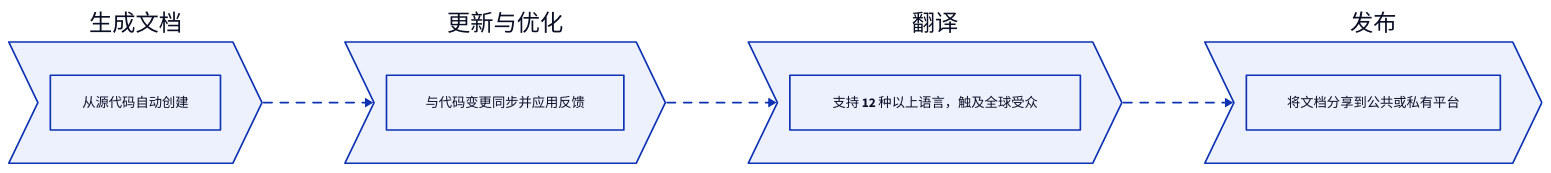
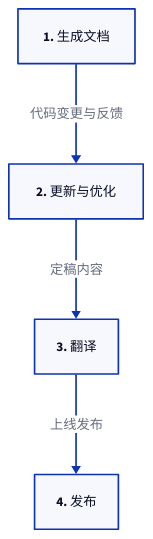
One commit to AIGNE-io/aigne-doc-smith changed the diagram in docs/features.zh.md. Above: the diagram before and after it, drawn with D2. The commit also changed other lines of this file and 39 other files, not shown here.

````diff
--- a/docs/features.zh.md
+++ b/docs/features.zh.md
@@ -11,27 +30,27 @@
 ```d2
-direction: right
+direction: down
 
-"生成文档": {
-  shape: step
-  description: "从源代码自动创建"
+generate: {
+  label: "1. 生成文档"
+  shape: rectangle
 }
 
-"更新与优化": {
-  shape: step
-  description: "与代码变更同步并应用反馈"
+update: {
+  label: "2. 更新与优化"
+  shape: rectangle
 }
 
-"翻译": {
-  shape: step
-  description: "支持 12 种以上语言，触及全球受众"
+translate: {
+  label: "3. 翻译"
+  shape: rectangle
 }
 
-"发布": {
-  shape: step
-  description: "将文档分享到公共或私有平台"
+publish: {
+  label: "4. 发布"
+  shape: rectangle
 }
 
-"生成文档" -> "更新与优化" -> "翻译" -> "发布" {
-  style.animated: true
-}
+generate -> update: "代码变更与反馈"
+update -> translate: "定稿内容"
+translate -> publish: "上线发布"
 ```
````
